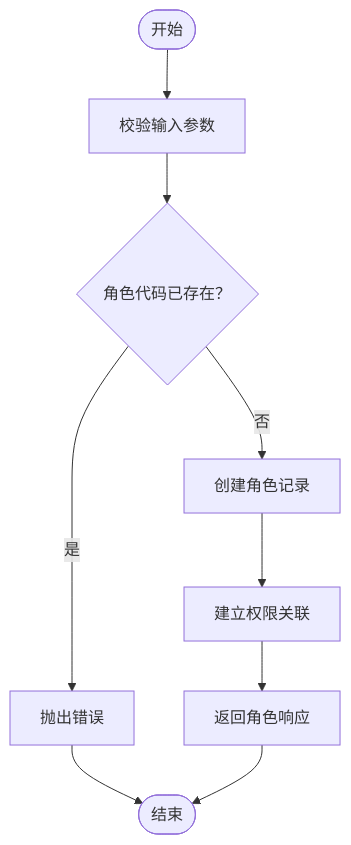
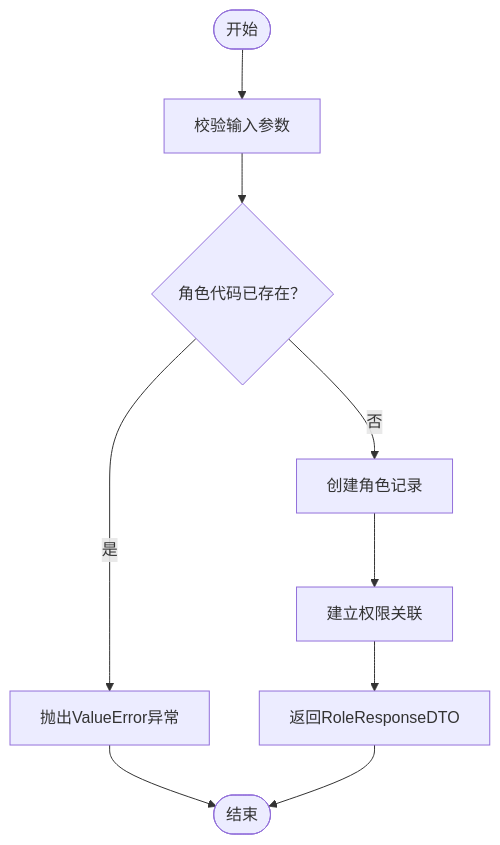
The third of 8 diagrams in .qoder/repowiki/zh/content/API 接口文档/权限管理接口.md (taoweidong/Hello-Django-Ninja-Api), drawn with Mermaid before and after one commit. The commit also changed other lines of this file and 7 other files, not shown here.

````diff
--- a/.qoder/repowiki/zh/content/API 接口文档/权限管理接口.md
+++ b/.qoder/repowiki/zh/content/API 接口文档/权限管理接口.md
@@ -170,11 +181,11 @@
 ```mermaid
 flowchart TD
 Start(["开始"]) --> Validate["校验输入参数"]
 Validate --> Exists{"角色代码已存在？"}
-Exists --> |是| Error["抛出错误"]
+Exists --> |是| Error["抛出ValueError异常"]
 Exists --> |否| Create["创建角色记录"]
 Create --> LinkPerms["建立权限关联"]
-LinkPerms --> Success["返回角色响应"]
+LinkPerms --> Success["返回RoleResponseDTO"]
 Error --> End(["结束"])
 Success --> End
 ```
````
